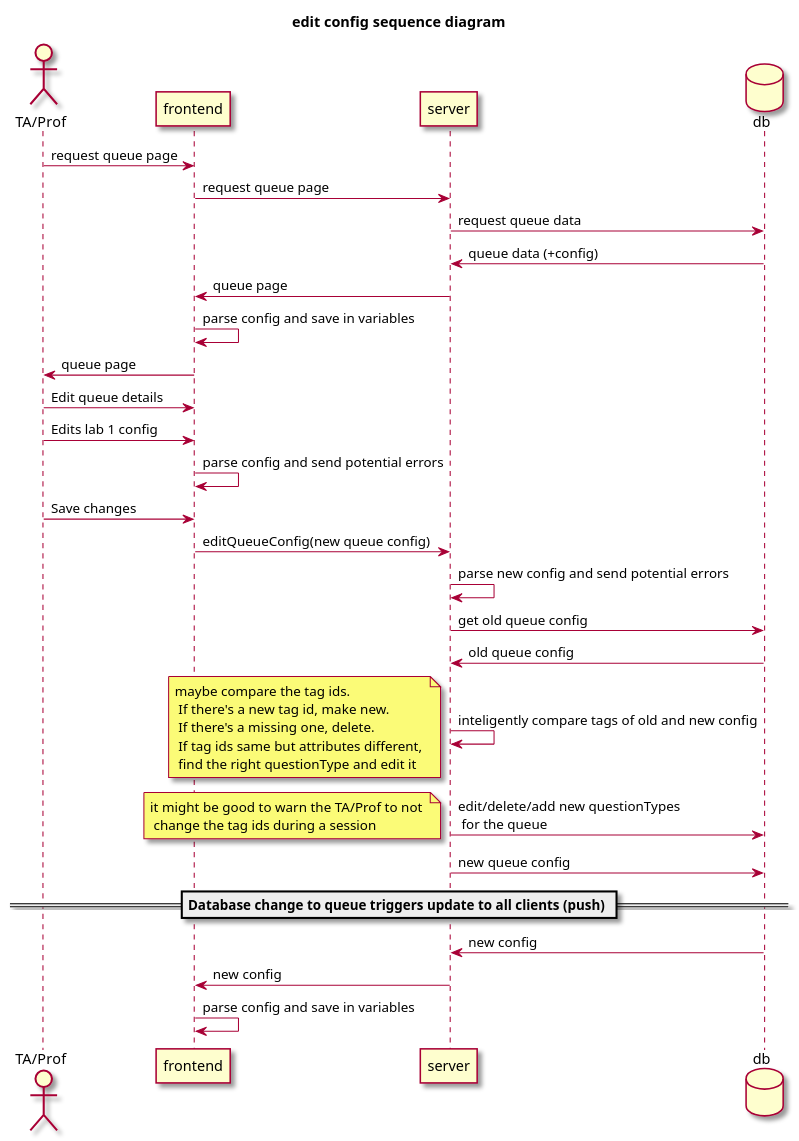
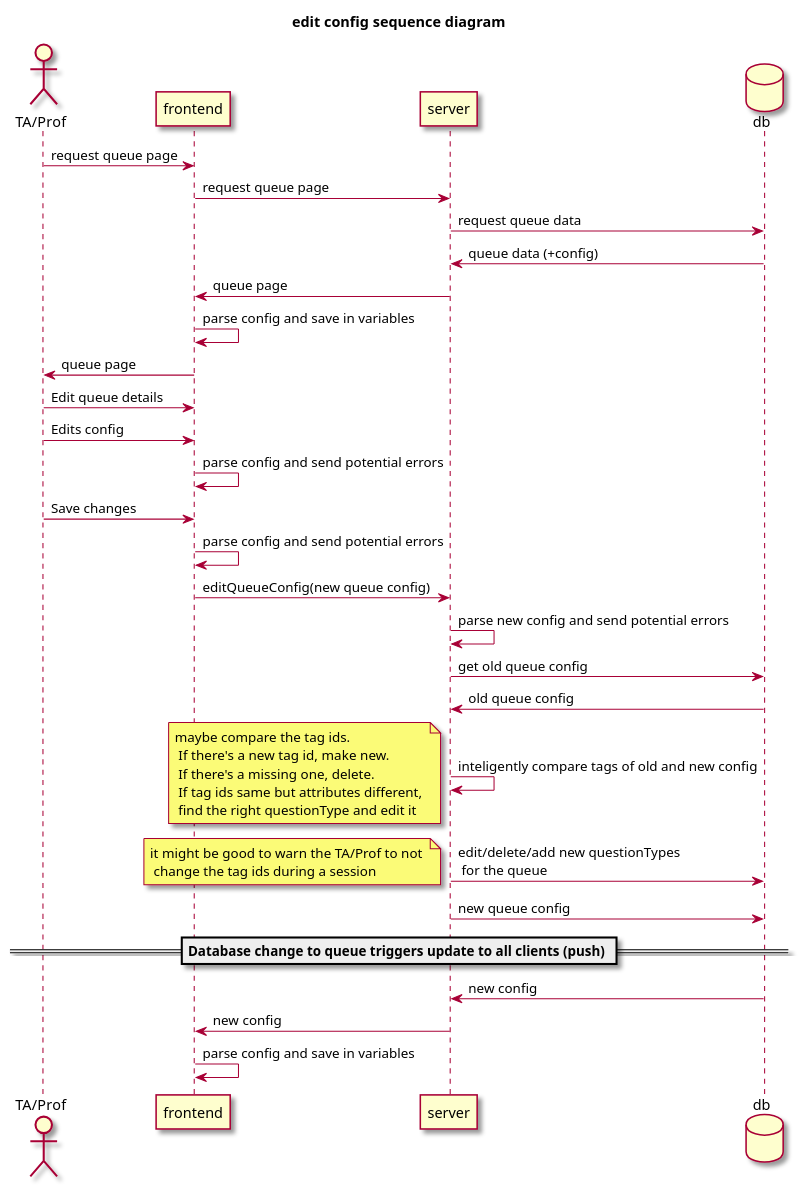
Before and after one commit to ubco-db/helpme: the diagram in docs/plantuml_diagrams/v2_sequence_edit_config.wsd, drawn with PlantUML. The commit also changed 22 other files, not shown here.

```diff
--- a/docs/plantuml_diagrams/v2_sequence_edit_config.wsd
+++ b/docs/plantuml_diagrams/v2_sequence_edit_config.wsd
@@ -1,40 +1,41 @@
 @startuml
 
 skin rose
 
 title "edit config sequence diagram"
 
 actor User as "TA/Prof"
 participant frontend
 participant server
 database db
 
 User -> frontend : request queue page
 frontend -> server : request queue page
 server -> db : request queue data
 server <- db : queue data (+config)
 frontend <- server : queue page
 frontend -> frontend : parse config and save in variables
 User <- frontend : queue page 
 
 User -> frontend : Edit queue details
-User -> frontend : Edits lab 1 config
+User -> frontend : Edits config
 frontend -> frontend : parse config and send potential errors
 User -> frontend : Save changes
+frontend -> frontend : parse config and send potential errors
 frontend -> server : editQueueConfig(new queue config)
 server -> server : parse new config and send potential errors
 server -> db : get old queue config
 server <- db : old queue config
 server -> server : inteligently compare tags of old and new config
 note left : maybe compare the tag ids. \n If there's a new tag id, make new. \n If there's a missing one, delete. \n If tag ids same but attributes different, \n find the right questionType and edit it
 server -> db : edit/delete/add new questionTypes \n for the queue
 note left : it might be good to warn the TA/Prof to not \n change the tag ids during a session
 server -> db : new queue config
 
 == Database change to queue triggers update to all clients (push) ==
 
 server <- db : new config
 frontend <- server : new config
 frontend -> frontend : parse config and save in variables
 
 @enduml
```
